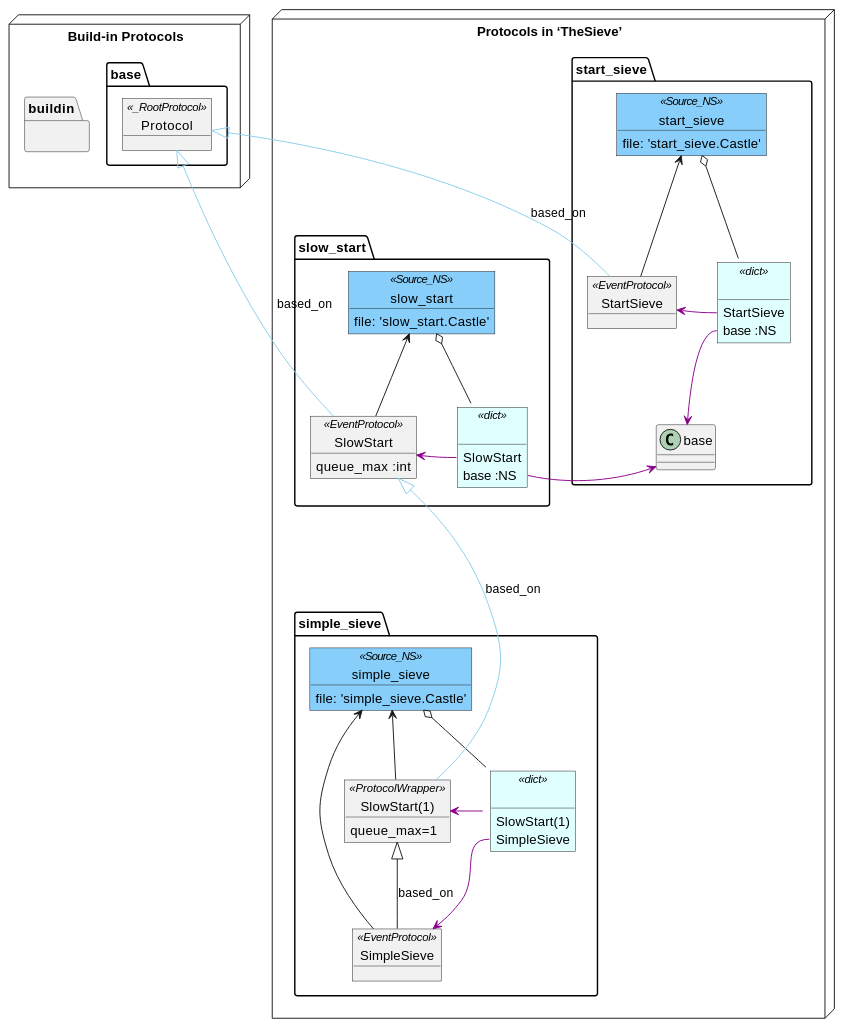
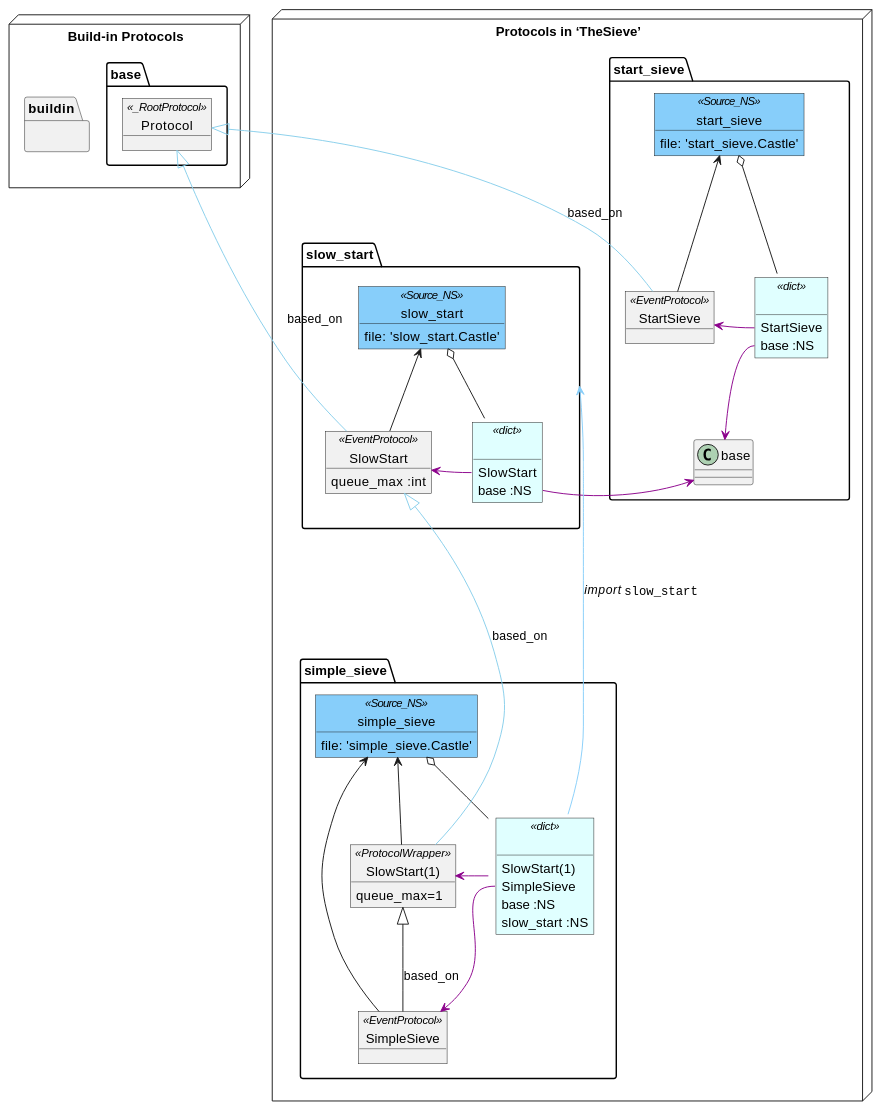
One commit to AlbertMietus/DocIdeas.hg changed the diagram in CCastle/DocParts/Design/50.notes/231016_NS.rst. Above: the diagram before and after it, drawn with PlantUML. The commit also changed other lines of this file and 1 other file, not shown here.

Commit message:
Updated "Namespace & protocols" plantUML diagram

```diff
--- a/CCastle/DocParts/Design/50.notes/231016_NS.rst
+++ b/CCastle/DocParts/Design/50.notes/231016_NS.rst
@@ -4,76 +4,81 @@
 .. uml::
 
    @startuml
 
    package "Protocols in ‘TheSieve’" as P1 <<Node>> {
 
       package start_sieve as P1A {
          object start_sieve <<Source_NS>> #LightSkyBlue {
            file: 'start_sieve.Castle'
          }
          object " " as P1A_d <<dict>> #lightcyan {
            StartSieve
            base :NS
          }
          object StartSieve <<EventProtocol>>
 
          start_sieve          o--  P1A_d
          start_sieve          <--  StartSieve
          P1A_d::StartSieve    ->   StartSieve #DarkMagenta
          P1A_d::base          -->  base       #DarkMagenta
       }
 
       package slow_start as P1B {
          object slow_start <<Source_NS>> #LightSkyBlue {
            file: 'slow_start.Castle'
          }
          object " " as P1B_d <<dict>> #lightcyan {
            SlowStart
            base :NS
+           
          }
          object SlowStart  <<EventProtocol>> {
            queue_max :int
          }
 
          slow_start           o--  P1B_d
          slow_start           <--  SlowStart
          P1B_d::SlowStart     ->   SlowStart #DarkMagenta
          P1B_d::base          ->   base  #DarkMagenta
       }
 
       package simple_sieve as P1C {
          object simple_sieve <<Source_NS>> #LightSkyBlue {
            file: 'simple_sieve.Castle'
          }
          object " " as P1C_d <<dict>> #lightcyan {
            SlowStart(1)
            SimpleSieve
+           base :NS
+           slow_start :NS
          }
          object "SlowStart(1)" as SlowStart_1 <<ProtocolWrapper>> {
             queue_max=1
          }
          object SimpleSieve <<EventProtocol>>
          SlowStart_1 <|-- SimpleSieve: based_on
 
          simple_sieve         o--  P1C_d
          simple_sieve         <--  SlowStart_1
          simple_sieve         <--- SimpleSieve
          P1C_d::SlowStart_1   ->   SlowStart_1 #DarkMagenta
          P1C_d::SimpleSieve   ->   SimpleSieve #DarkMagenta
       }
 
-      SlowStart   <|---- SlowStart_1 #SkyBlue : based_on
+      P1B         <---   P1C_d        #LightSkyBlue  : //import// ""slow_start""
+      SlowStart   <|---- SlowStart_1 #SkyBlue        : based_on
    }
 
    package "Build-in Protocols" as P2 <<Node>> {
       package base {
          object Protocol <<_RootProtocol>>
       }
       package buildin {
       }
    }
 
    Protocol  <|--  StartSieve #SkyBlue : based_on
    Protocol  <|--  SlowStart  #SkyBlue : based_on
 
+
    @enduml
```
